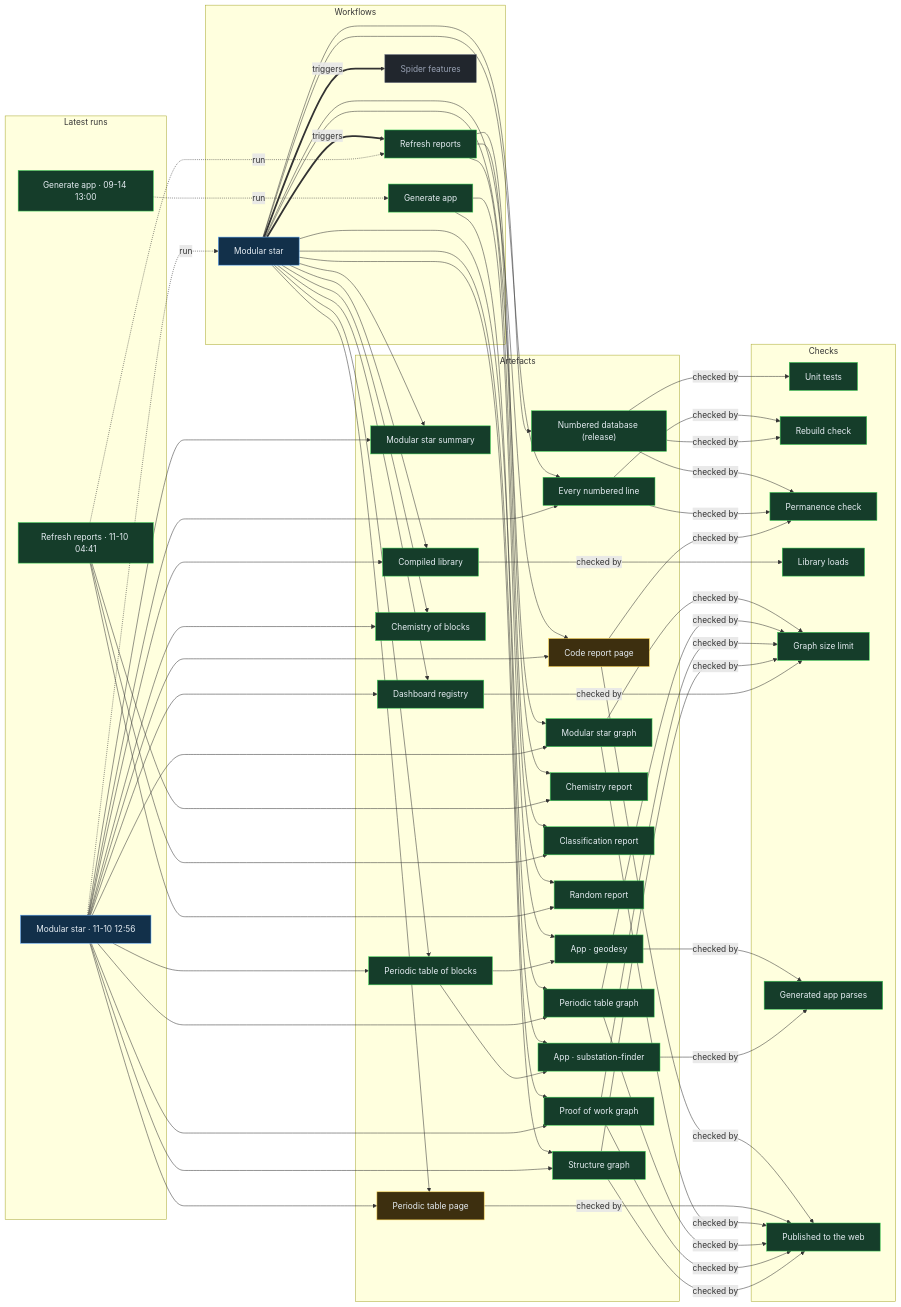
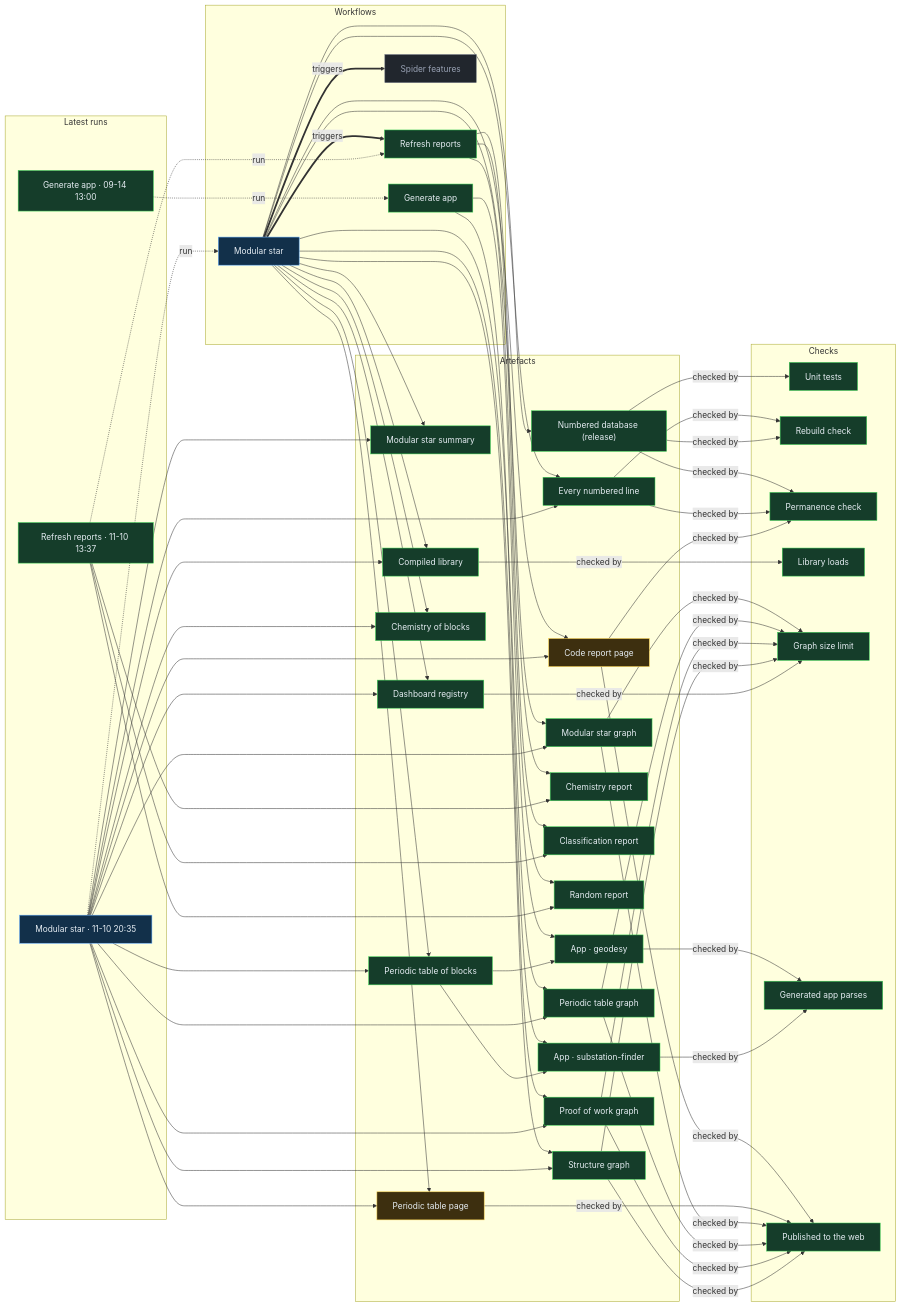
Before and after one commit to Ventusltd/stars: the diagram in proof/PROOF.md, drawn with Mermaid. The commit also changed other lines of this file and 49 other files, not shown here.

Commit message:
Modular star 2026-11-10T20:38Z

```diff
--- a/proof/PROOF.md
+++ b/proof/PROOF.md
@@ -24,8 +24,8 @@
   n_wf_spider_features["Spider features"]:::off
   end
   subgraph g_runs["Latest runs"]
-  n_run_42819994025["Modular star · 11-10 12:56"]:::live
-  n_run_42757411518["Refresh reports · 11-10 04:41"]:::ok
+  n_run_42896748876["Modular star · 11-10 20:35"]:::live
+  n_run_42826292069["Refresh reports · 11-10 13:37"]:::ok
   n_run_34846587798["Generate app · 09-14 13:00"]:::ok
   end
   subgraph g_artefacts["Artefacts"]
@@ -59,39 +59,39 @@
   end
   n_wf_modular_star == triggers ==> n_wf_refresh
   n_wf_modular_star == triggers ==> n_wf_spider_features
-  n_run_42819994025 -. run .-> n_wf_modular_star
-  n_run_42757411518 -. run .-> n_wf_refresh
+  n_run_42896748876 -. run .-> n_wf_modular_star
+  n_run_42826292069 -. run .-> n_wf_refresh
   n_run_34846587798 -. run .-> n_wf_generate
   n_wf_modular_star --> n_art_summary
-  n_run_42819994025 --> n_art_summary
+  n_run_42896748876 --> n_art_summary
   n_wf_modular_star --> n_art_lines
-  n_run_42819994025 --> n_art_lines
+  n_run_42896748876 --> n_art_lines
   n_wf_modular_star --> n_art_code
-  n_run_42819994025 --> n_art_code
+  n_run_42896748876 --> n_art_code
   n_wf_modular_star --> n_art_modular_graph
-  n_run_42819994025 --> n_art_modular_graph
+  n_run_42896748876 --> n_art_modular_graph
   n_wf_modular_star --> n_art_blocks
-  n_run_42819994025 --> n_art_blocks
+  n_run_42896748876 --> n_art_blocks
   n_wf_modular_star --> n_art_table
-  n_run_42819994025 --> n_art_table
+  n_run_42896748876 --> n_art_table
   n_wf_modular_star --> n_art_blocks_graph
-  n_run_42819994025 --> n_art_blocks_graph
+  n_run_42896748876 --> n_art_blocks_graph
   n_wf_modular_star --> n_art_reactions
-  n_run_42819994025 --> n_art_reactions
+  n_run_42896748876 --> n_art_reactions
   n_wf_modular_star --> n_art_library
-  n_run_42819994025 --> n_art_library
+  n_run_42896748876 --> n_art_library
   n_wf_modular_star --> n_art_features
-  n_run_42819994025 --> n_art_features
+  n_run_42896748876 --> n_art_features
   n_wf_modular_star --> n_art_proof
-  n_run_42819994025 --> n_art_proof
+  n_run_42896748876 --> n_art_proof
   n_wf_modular_star --> n_art_structure
-  n_run_42819994025 --> n_art_structure
+  n_run_42896748876 --> n_art_structure
   n_wf_refresh --> n_art_chemistry
-  n_run_42757411518 --> n_art_chemistry
+  n_run_42826292069 --> n_art_chemistry
   n_wf_refresh --> n_art_vedic
-  n_run_42757411518 --> n_art_vedic
+  n_run_42826292069 --> n_art_vedic
   n_wf_refresh --> n_art_random
-  n_run_42757411518 --> n_art_random
+  n_run_42826292069 --> n_art_random
   n_wf_modular_star --> n_art_release
   n_wf_generate --> n_app_geodesy
   n_art_blocks --> n_app_geodesy
```
